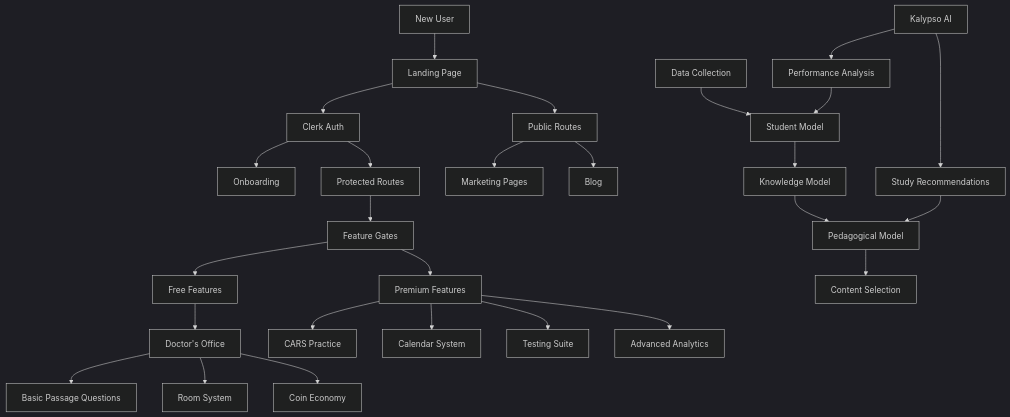
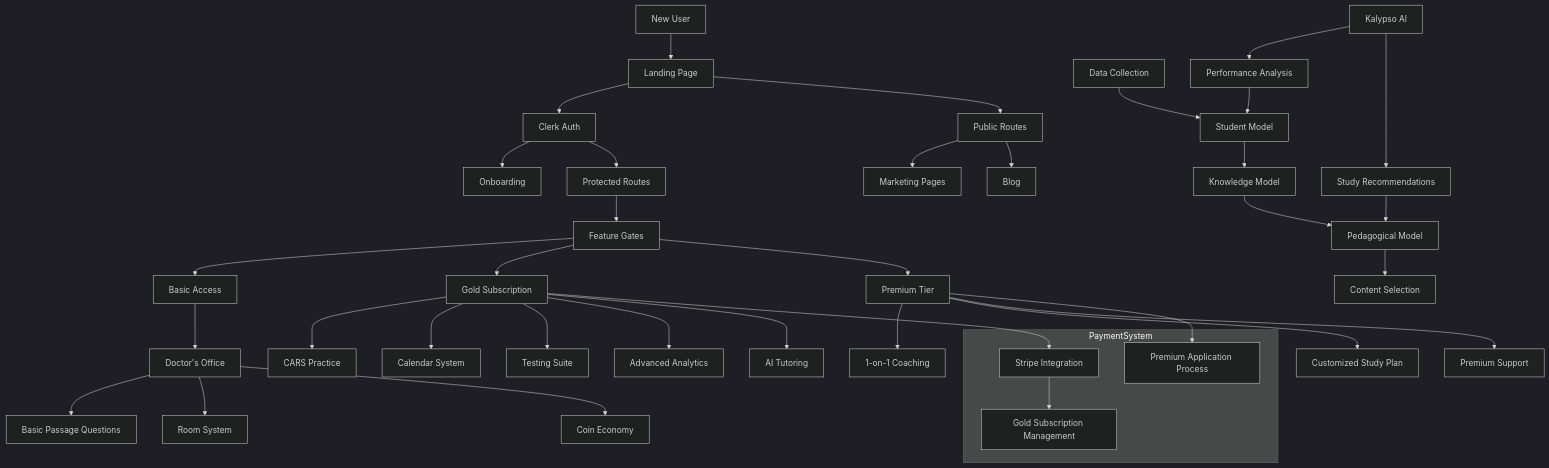
One commit to MyMCATAI/my-mcat changed the diagram in README_Docs/architecture/architecture.md. Above: the diagram before and after it, drawn with Mermaid (dark theme). The commit also changed 19 other files, not shown here.

````diff
--- a/README_Docs/architecture/architecture.md
+++ b/README_Docs/architecture/architecture.md
@@ -3,37 +3,42 @@
 ```mermaid
 graph TD
     Start[New User] --> Landing[Landing Page]
     Landing --> Auth[Clerk Auth]
     Auth --> Onboard[Onboarding]
-    
     Landing --> PublicRoutes[Public Routes]
     PublicRoutes --> Marketing[Marketing Pages]
     PublicRoutes --> Blog[Blog]
-    
     Auth --> ProtectedRoutes[Protected Routes]
     ProtectedRoutes --> FeatureGates[Feature Gates]
-    
-    FeatureGates --> Free[Free Features]
-    FeatureGates --> Premium[Premium Features]
-    
-    Free --> Game[Doctor's Office]
+FeatureGates --> Basic[Basic Access]
+FeatureGates --> Gold[Gold Subscription]
+FeatureGates --> Premium[Premium Tier]
+Basic --> Game[Doctor's Office]
     Game --> PassageQuestions[Basic Passage Questions]
-    
-    Premium --> CARS[CARS Practice]
-    Premium --> Calendar[Calendar System]
-    Premium --> Testing[Testing Suite]
-    Premium --> Analytics[Advanced Analytics]
-    
     Game --> RoomSystem[Room System]
     Game --> CoinEconomy[Coin Economy]
-    
+Gold --> CARS[CARS Practice]
+Gold --> Calendar[Calendar System]
+Gold --> Testing[Testing Suite]
+Gold --> Analytics[Advanced Analytics]
+Gold --> AITutoring[AI Tutoring]
+Premium --> PersonalizedCoaching[1-on-1 Coaching]
+Premium --> CustomizedPlan[Customized Study Plan]
+Premium --> PremiumSupport[Premium Support]
     DataCollection[Data Collection] --> StudentModel[Student Model]
     StudentModel --> KnowledgeModel[Knowledge Model]
     KnowledgeModel --> PedagogicalModel[Pedagogical Model]
     PedagogicalModel --> ContentSelection[Content Selection]
-    
     KalypsoAI[Kalypso AI] --> Analysis[Performance Analysis]
     KalypsoAI --> Recommendations[Study Recommendations]
     Analysis --> StudentModel
     Recommendations --> PedagogicalModel
+subgraph PaymentSystem
+StripeIntegration[Stripe Integration]
+GoldSubscription[Gold Subscription Management]
+PremiumApplication[Premium Application Process]
+end
+Gold --> StripeIntegration
+Premium --> PremiumApplication
+StripeIntegration --> GoldSubscription
 ```
````
